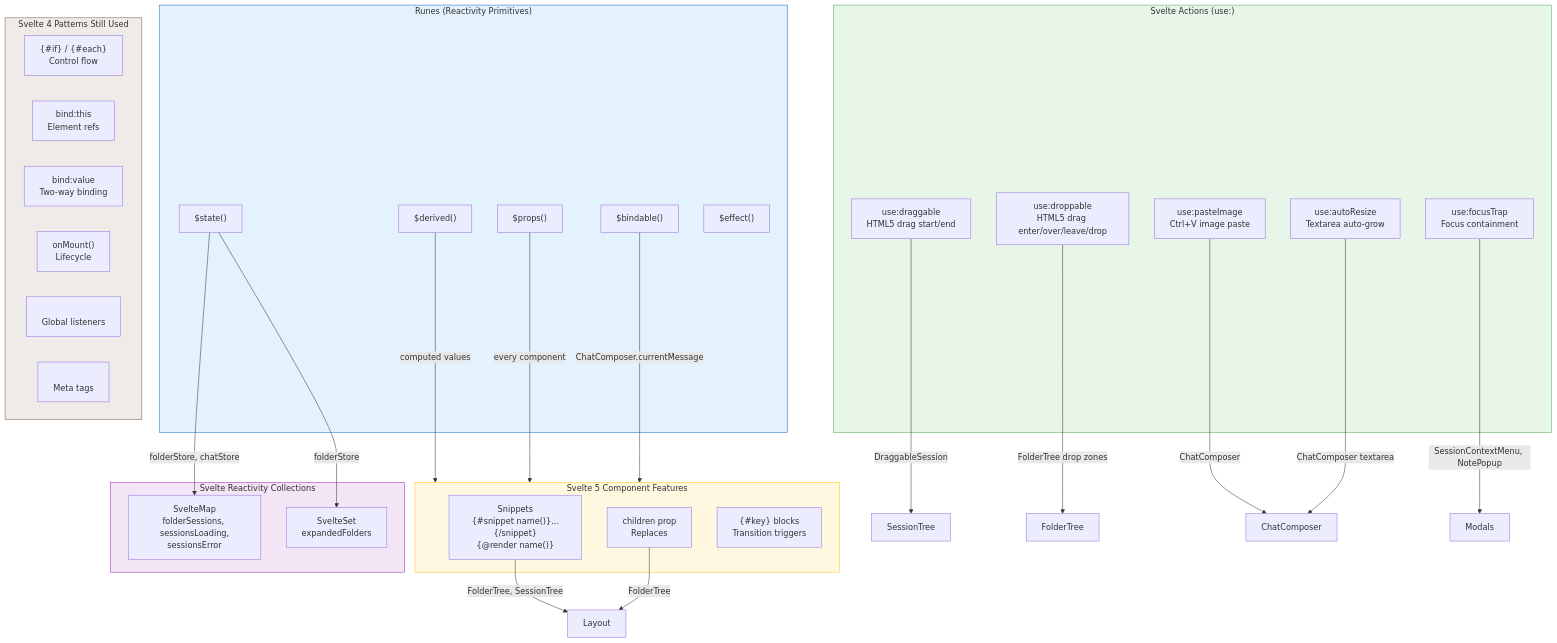
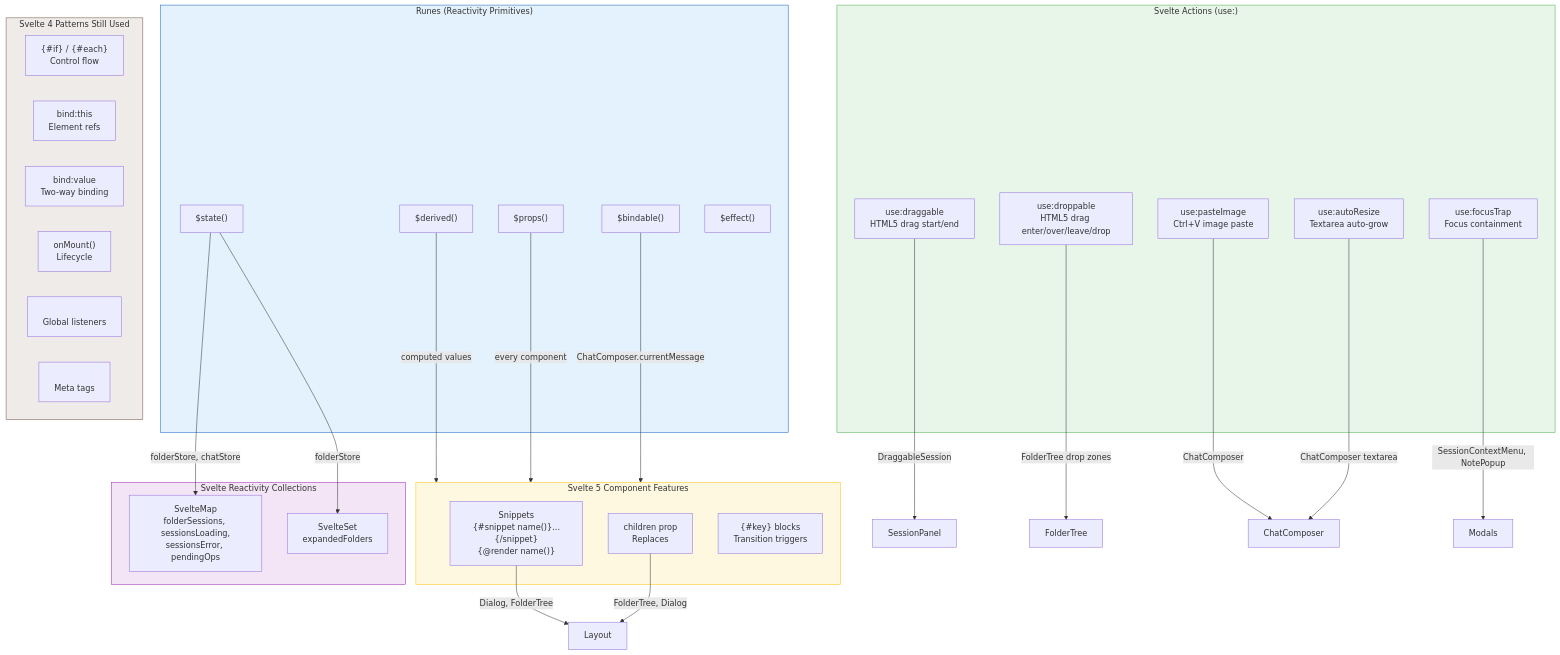
The sixth of 12 diagrams in kitchen-agent/docs/specs/frontend-diagrams.md (m1981/kuchnie), drawn with Mermaid before and after one commit. The commit also changed other lines of this file and 1 other file, not shown here.

First line of the commit message:
docs: update architecture diagrams for refactor v2

````diff
--- a/kitchen-agent/docs/specs/frontend-diagrams.md
+++ b/kitchen-agent/docs/specs/frontend-diagrams.md
@@ -338,59 +393,59 @@
 ```mermaid
 graph TB
     subgraph Runes["Runes (Reactivity Primitives)"]
         State["$state()"]
         Derived["$derived()"]
         Props["$props()"]
         Bindable["$bindable()"]
         Effect["$effect()"]
     end
 
     subgraph Reactivity["Svelte Reactivity Collections"]
-        SvelteMap["SvelteMap<br/>folderSessions, sessionsLoading,<br/>sessionsError"]
+        SvelteMap["SvelteMap<br/>folderSessions, sessionsLoading,<br/>sessionsError, pendingOps"]
         SvelteSet["SvelteSet<br/>expandedFolders"]
     end
 
     subgraph Actions["Svelte Actions (use:)"]
         Draggable["use:draggable<br/>HTML5 drag start/end"]
         Droppable["use:droppable<br/>HTML5 drag enter/over/leave/drop"]
         PasteImage["use:pasteImage<br/>Ctrl+V image paste"]
         AutoResize["use:autoResize<br/>Textarea auto-grow"]
         FocusTrap["use:focusTrap<br/>Focus containment"]
     end
 
     subgraph Components["Svelte 5 Component Features"]
         Snippets["Snippets<br/>{#snippet name()}...{/snippet}<br/>{@render name()}"]
         Children["children prop<br/>Replaces <slot>"]
         TransitionBlock["{#key} blocks<br/>Transition triggers"]
     end
 
     subgraph Legacy["Svelte 4 Patterns Still Used"]
         IfEach["{#if} / {#each}<br/>Control flow"]
         BindThis["bind:this<br/>Element refs"]
         BindValue["bind:value<br/>Two-way binding"]
         OnMount["onMount()<br/>Lifecycle"]
         SvelteWindow["<svelte:window><br/>Global listeners"]
         SvelteHead["<svelte:head><br/>Meta tags"]
     end
 
     State -->|"folderStore, chatStore"| SvelteMap
     State -->|"folderStore"| SvelteSet
     Derived -->|"computed values"| Components
     Props -->|"every component"| Components
     Bindable -->|"ChatComposer.currentMessage"| Components
 
-    Draggable -->|"DraggableSession"| SessionTree["SessionTree"]
+    Draggable -->|"DraggableSession"| SessionPanel["SessionPanel"]
     Droppable -->|"FolderTree drop zones"| FolderTree["FolderTree"]
     PasteImage -->|"ChatComposer"| Composer["ChatComposer"]
     AutoResize -->|"ChatComposer textarea"| Composer
     FocusTrap -->|"SessionContextMenu, NotePopup"| Modals["Modals"]
 
-    Snippets -->|"FolderTree, SessionTree"| Layout["Layout"]
-    Children -->|"FolderTree"| Layout
+    Snippets -->|"Dialog, FolderTree"| Layout["Layout"]
+    Children -->|"FolderTree, Dialog"| Layout
 
     style Runes fill:#e3f2fd,stroke:#1565C0
     style Reactivity fill:#f3e5f5,stroke:#9C27B0
     style Actions fill:#e8f5e9,stroke:#4CAF50
     style Components fill:#fff8e1,stroke:#FFC107
     style Legacy fill:#efebe9,stroke:#795548
 ```
````
